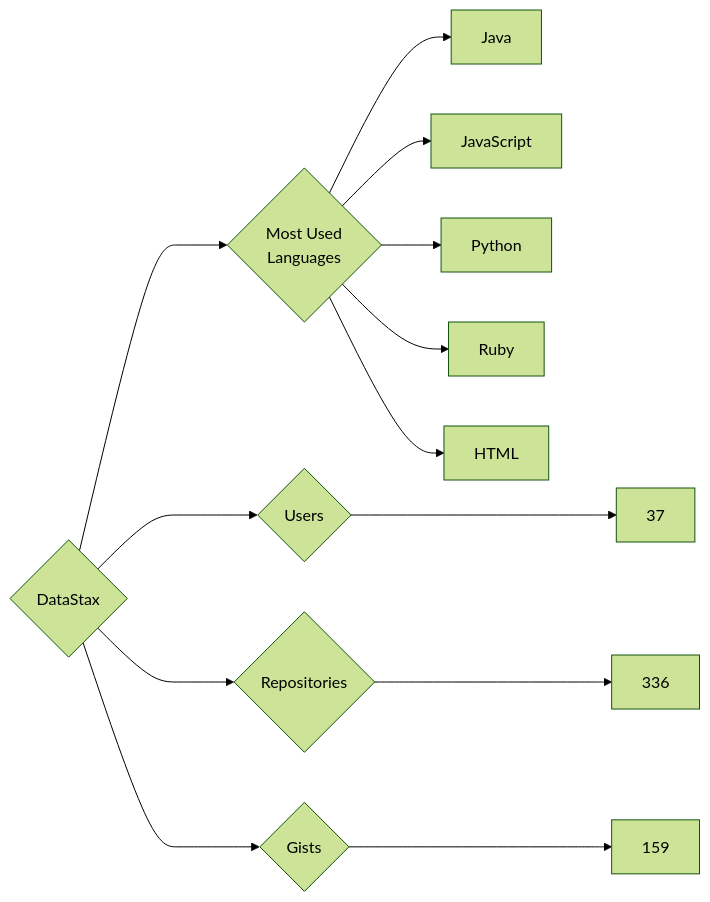
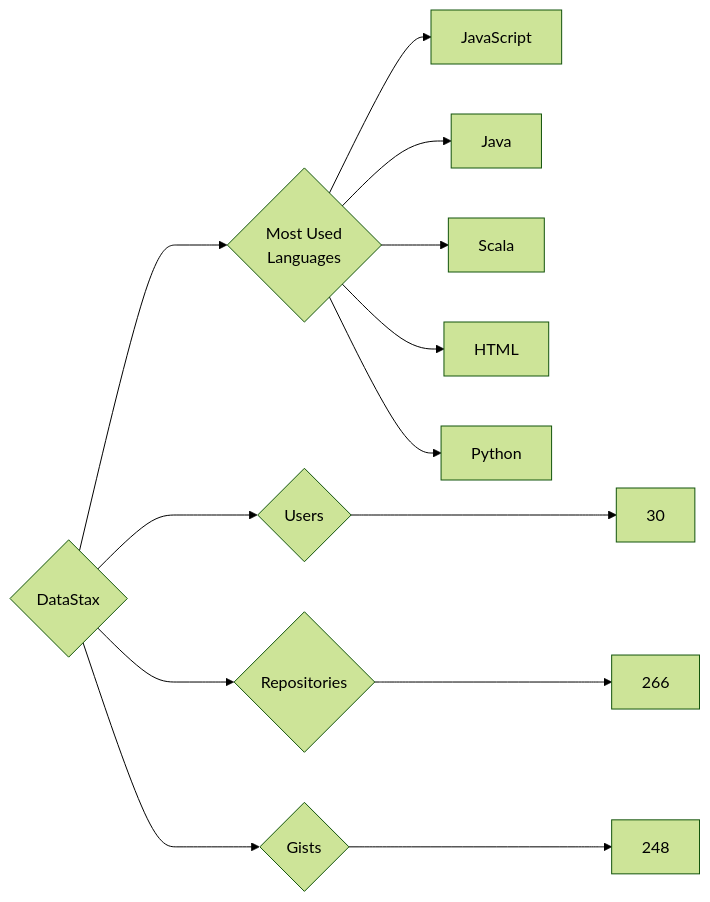
The diagram in targets/DataStax/README.md (trickest/insiders), drawn with Mermaid (forest theme) before and after one commit. The commit also changed 930 other files, not shown here.

````diff
--- a/targets/DataStax/README.md
+++ b/targets/DataStax/README.md
@@ -3,13 +3,13 @@
 ```mermaid
 graph LR
 COMPANY_NAME{DataStax}
-COMPANY_NAME ---> U{Users} ---> UN[37]
-COMPANY_NAME ---> R{Repositories} ---> RN[336]
-COMPANY_NAME ---> G{Gists} ---> GN[159]
+COMPANY_NAME ---> U{Users} ---> UN[30]
+COMPANY_NAME ---> R{Repositories} ---> RN[266]
+COMPANY_NAME ---> G{Gists} ---> GN[248]
 COMPANY_NAME ---> ML{Most Used<br>Languages}
+ML --> JavaScript[JavaScript]
 ML --> Java[Java]
-ML --> JavaScript[JavaScript]
+ML --> Scala[Scala]
+ML --> HTML[HTML]
 ML --> Python[Python]
-ML --> Ruby[Ruby]
-ML --> HTML[HTML]
 ```
````
